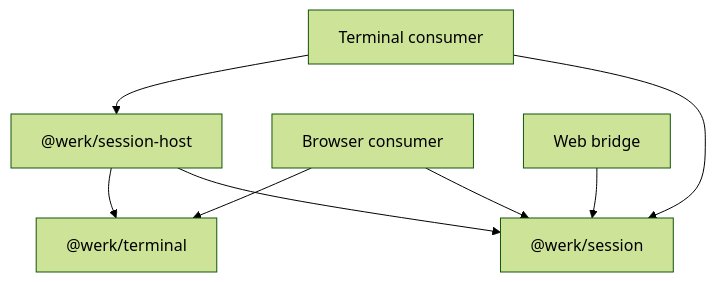
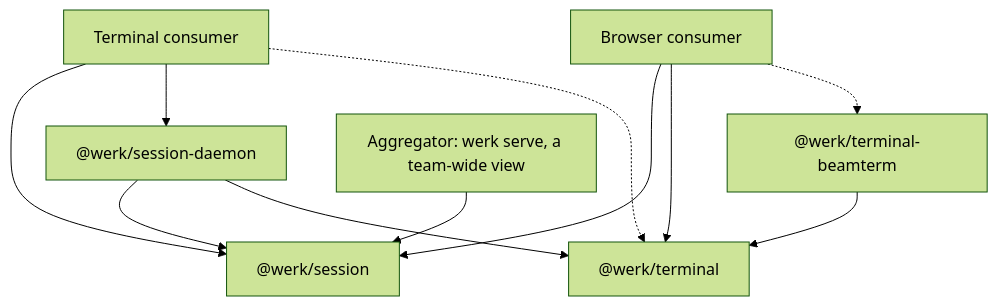
The diagram in docs/proposals/02-session-library.md (omnilogic-labs/werk), drawn with Mermaid (forest theme) before and after one commit. The commit also changed other lines of this file and 3 other files, not shown here.

First line of the commit message:
Rename the session host to the daemon, and write the contracts sharing needs

````diff
--- a/docs/proposals/02-session-library.md
+++ b/docs/proposals/02-session-library.md
@@ -55,10 +88,13 @@
 ```mermaid
 flowchart TD
   CLI[Terminal consumer] --> S["@werk/session"]
-  CLI --> H["@werk/session-host"]
+  CLI --> D["@werk/session-daemon"]
+  CLI -.-> T["@werk/terminal"]
   Browser[Browser consumer] --> S
-  Browser --> T["@werk/terminal"]
-  Bridge[Web bridge] --> S
-  H --> S
-  H --> T
+  Browser --> T
+  Browser -.-> B["@werk/terminal-beamterm"]
+  B --> T
+  Agg["Aggregator: werk serve, a team-wide view"] --> S
+  D --> S
+  D --> T
 ```
````
